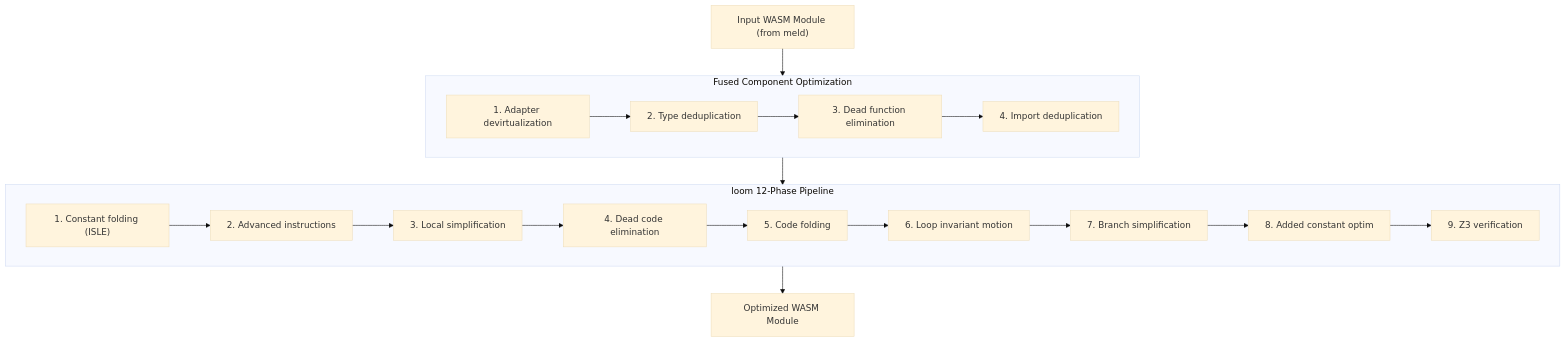
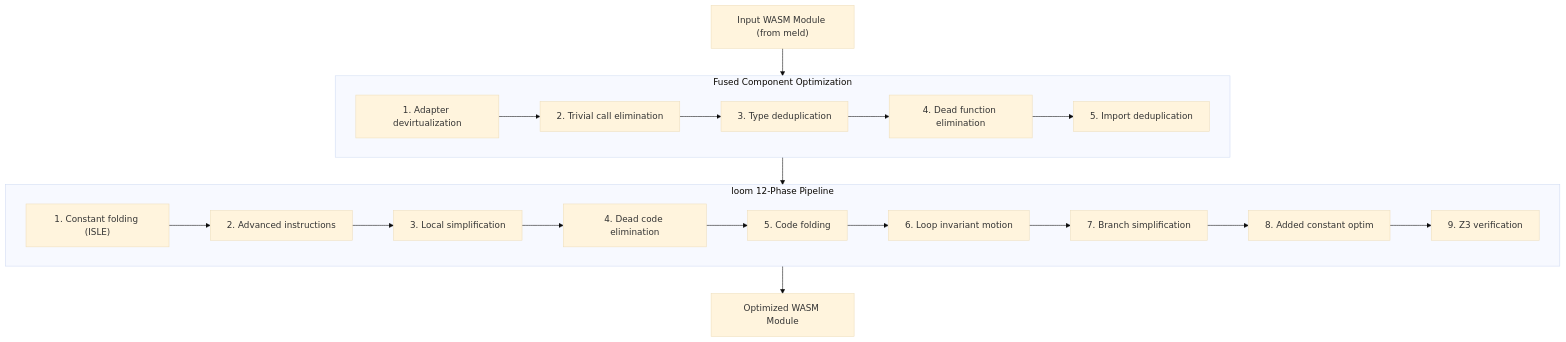
Before and after one commit to pulseengine/loom: the seventh of 8 diagrams in docs/design/fused-component-optimization.md, drawn with Mermaid (base theme). The commit also changed other lines of this file, not shown here.

````diff
--- a/docs/design/fused-component-optimization.md
+++ b/docs/design/fused-component-optimization.md
@@ -237,30 +259,31 @@
 ```mermaid
 flowchart TD
     Input["Input WASM Module (from meld)"]
     Input --> Fused
 
     subgraph Fused["Fused Component Optimization"]
         F1["1. Adapter devirtualization"]
-        F2["2. Type deduplication"]
-        F3["3. Dead function elimination"]
-        F4["4. Import deduplication"]
-        F1 --> F2 --> F3 --> F4
+        F2["2. Trivial call elimination"]
+        F3["3. Type deduplication"]
+        F4["4. Dead function elimination"]
+        F5["5. Import deduplication"]
+        F1 --> F2 --> F3 --> F4 --> F5
     end
 
     Fused --> Standard
 
     subgraph Standard["loom 12-Phase Pipeline"]
         S1["1. Constant folding (ISLE)"]
         S2["2. Advanced instructions"]
         S3["3. Local simplification"]
         S4["4. Dead code elimination"]
         S5["5. Code folding"]
         S6["6. Loop invariant motion"]
         S7["7. Branch simplification"]
         S8["8. Added constant optim"]
         S9["9. Z3 verification"]
         S1 --> S2 --> S3 --> S4 --> S5 --> S6 --> S7 --> S8 --> S9
     end
 
     Standard --> Output["Optimized WASM Module"]
 ```
````
